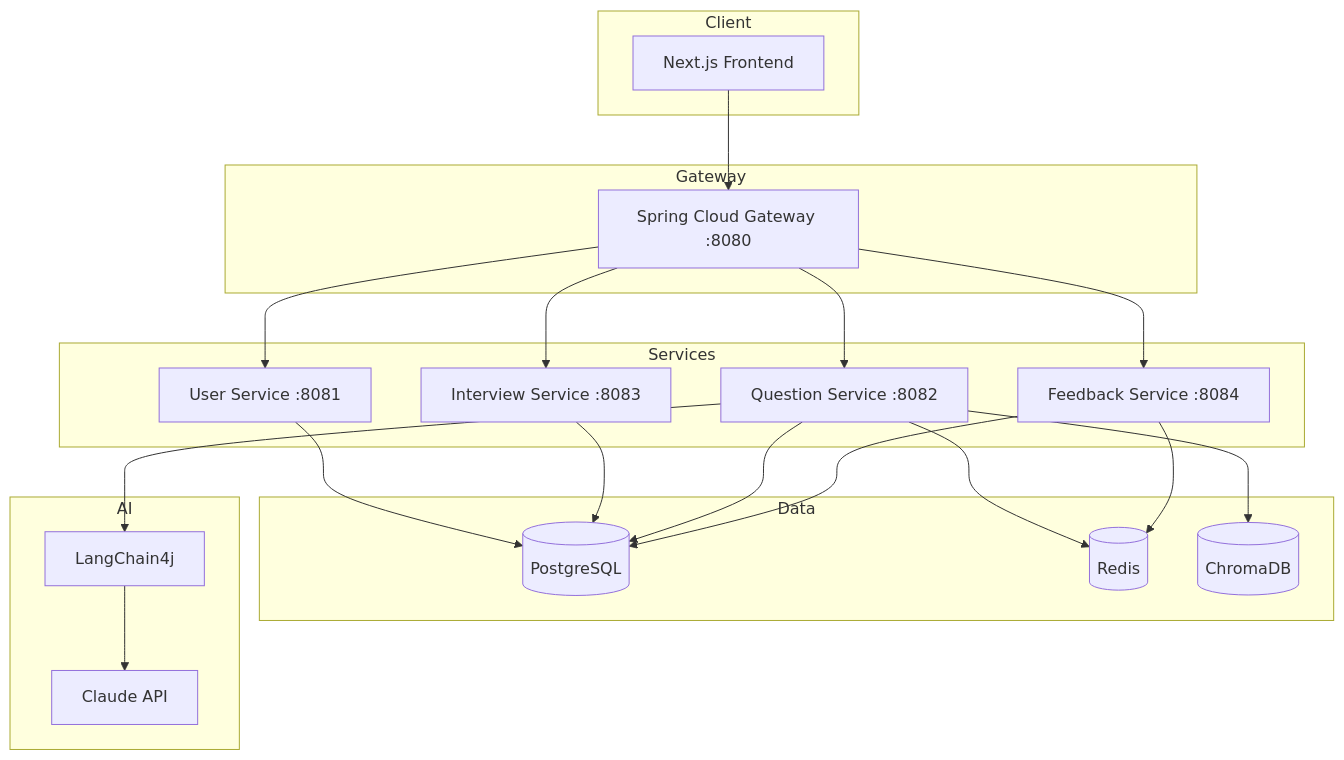
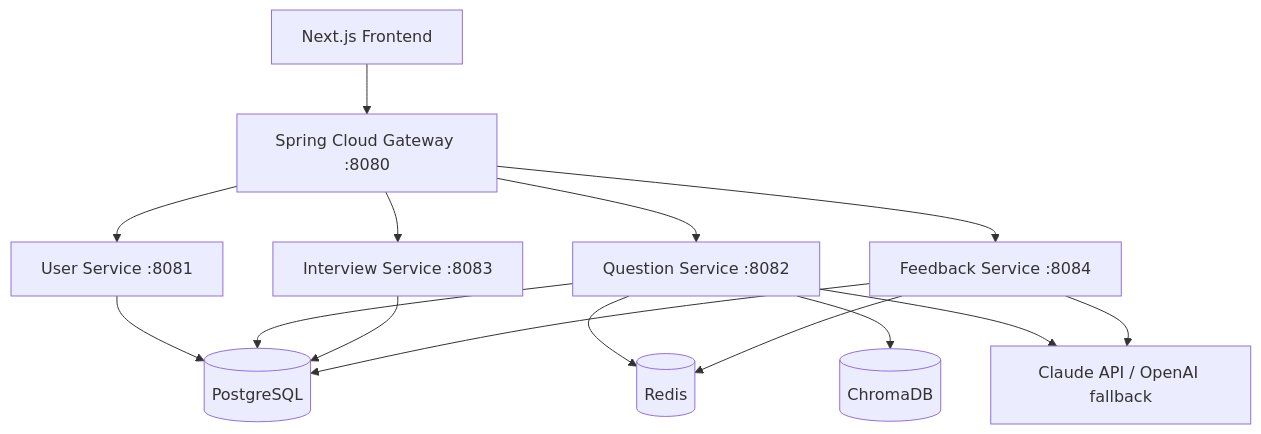
The diagram in README.md (jinhyuk9714/interview-coach), drawn with Mermaid before and after one commit. The commit also changed other lines of this file, not shown here.

````diff
--- a/README.md
+++ b/README.md
@@ -29,36 +25,17 @@
 ```mermaid
 flowchart TB
-    subgraph Client
-        Web[Next.js Frontend]
-    end
-
-    subgraph Gateway
-        GW[Spring Cloud Gateway :8080]
-    end
-
-    subgraph Services
-        US[User Service :8081]
-        QS[Question Service :8082]
-        IS[Interview Service :8083]
-        FS[Feedback Service :8084]
-    end
-
-    subgraph Data
-        PG[(PostgreSQL)]
-        RD[(Redis)]
-        CH[(ChromaDB)]
-    end
-
-    subgraph AI
-        LC[LangChain4j]
-        LLM[Claude API]
-    end
-
-    Web --> GW
-    GW --> US & IS & QS & FS
-    US & IS & QS & FS --> PG
-    QS & FS --> RD
-    QS --> CH
-    QS --> LC
-    LC --> LLM
+    Web[Next.js Frontend] --> GW[Spring Cloud Gateway :8080]
+    GW --> US[User Service :8081]
+    GW --> QS[Question Service :8082]
+    GW --> IS[Interview Service :8083]
+    GW --> FS[Feedback Service :8084]
+    US --> PG[(PostgreSQL)]
+    QS --> PG
+    IS --> PG
+    FS --> PG
+    QS --> RD[(Redis)]
+    FS --> RD
+    QS --> CH[(ChromaDB)]
+    QS --> LLM[Claude API / OpenAI fallback]
+    FS --> LLM
 ```
````
